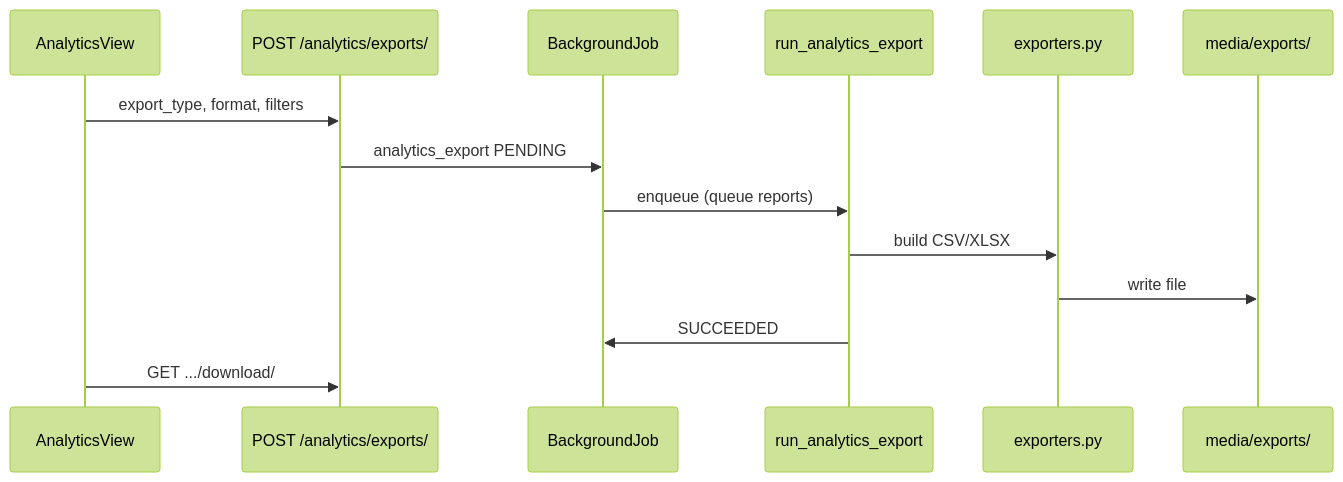
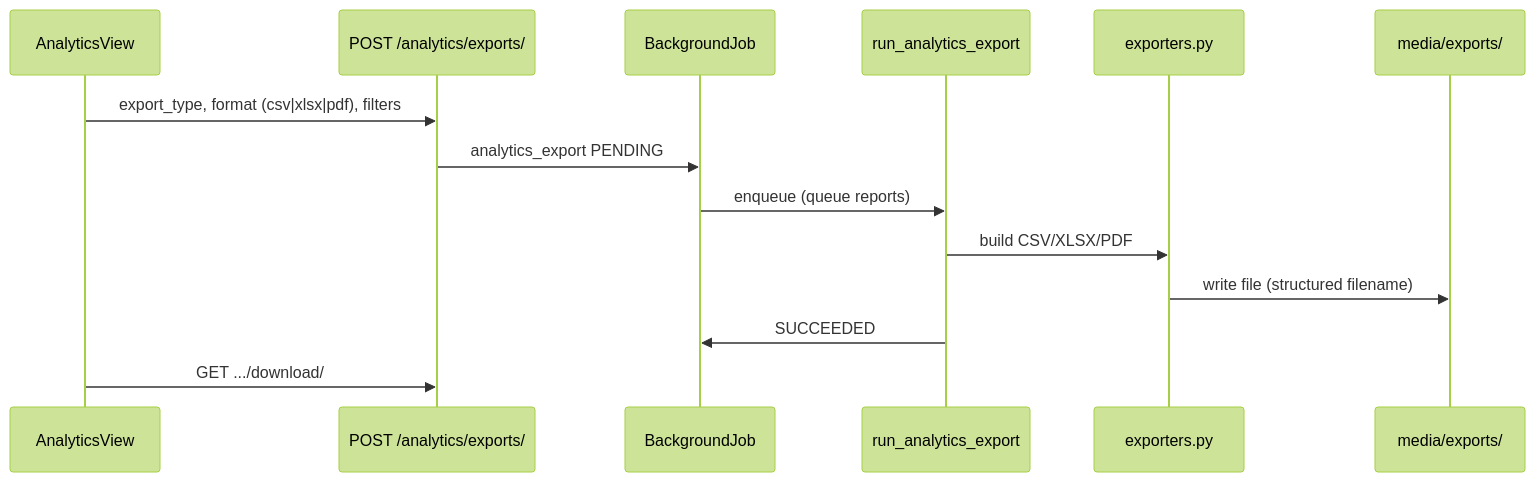
Before and after one commit to DDoSKudya/cadence: the eighth of 9 diagrams in docs/DEVELOPERS.md, drawn with Mermaid (forest theme). The commit also changed other lines of this file and 99 other files, not shown here.

Commit message:
docs: release v1.1.0 with analytics export changelog and OpenAPI updates (#12)

````diff
--- a/docs/DEVELOPERS.md
+++ b/docs/DEVELOPERS.md
@@ -561,17 +565,17 @@
 ```mermaid
 sequenceDiagram
     participant UI as AnalyticsView
     participant API as POST /analytics/exports/
     participant Job as BackgroundJob
     participant Celery as run_analytics_export
     participant Exp as exporters.py
     participant Media as media/exports/
 
-    UI->>API: export_type, format, filters
+    UI->>API: export_type, format (csv|xlsx|pdf), filters
     API->>Job: analytics_export PENDING
     Job->>Celery: enqueue (queue reports)
-    Celery->>Exp: build CSV/XLSX
-    Exp->>Media: write file
+    Celery->>Exp: build CSV/XLSX/PDF
+    Exp->>Media: write file (structured filename)
     Celery->>Job: SUCCEEDED
     UI->>API: GET .../download/
 ```
````
